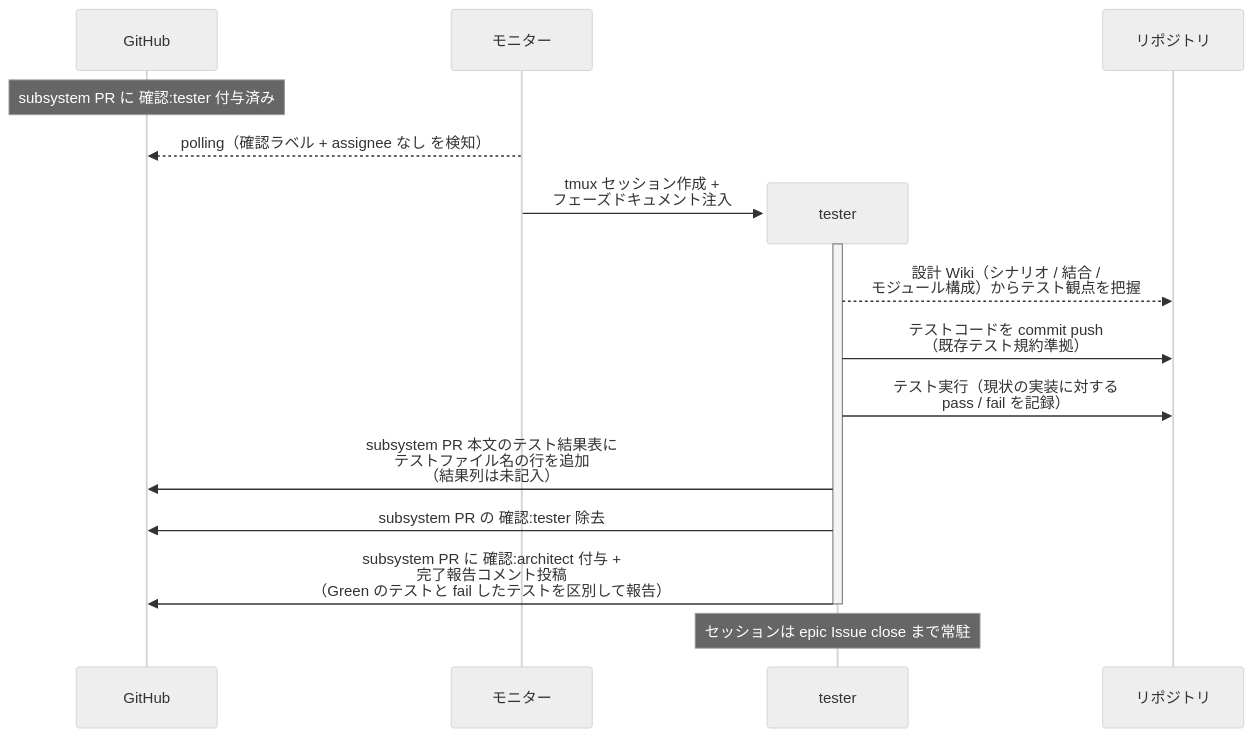
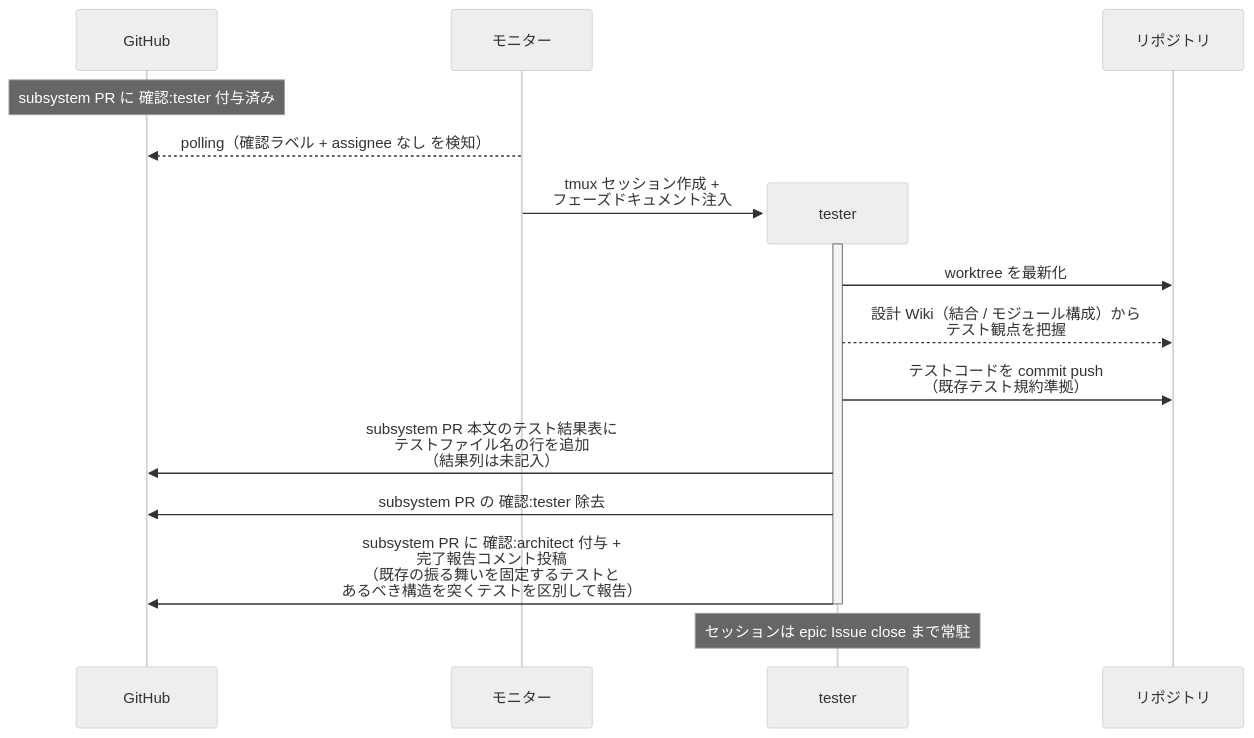
The second of 3 diagrams in docs/wiki/設計図/シナリオ/単一ユースケース/テスト作成.md (shuhei1101/ai-monitor), drawn with Mermaid (neutral theme) before and after one commit. The commit also changed other lines of this file and 304 other files, not shown here.

````diff
--- a/docs/wiki/設計図/シナリオ/単一ユースケース/テスト作成.md
+++ b/docs/wiki/設計図/シナリオ/単一ユースケース/テスト作成.md
@@ -69,20 +70,20 @@
 ```mermaid
 sequenceDiagram
   participant GH as GitHub
   participant ORC as モニター
 
   Note over GH: subsystem PR に 確認:tester 付与済み
   ORC-->>GH: polling（確認ラベル + assignee なし を検知）
   create participant MON as tester
   ORC->>MON: tmux セッション作成 +<br>フェーズドキュメント注入
   participant REPO as リポジトリ
   activate MON
-  MON-->>REPO: 設計 Wiki（シナリオ / 結合 /<br>モジュール構成）からテスト観点を把握
+  MON->>REPO: worktree を最新化
+  MON-->>REPO: 設計 Wiki（結合 / モジュール構成）から<br>テスト観点を把握
   MON->>REPO: テストコードを commit push<br>（既存テスト規約準拠）
-  MON->>REPO: テスト実行（現状の実装に対する<br>pass / fail を記録）
   MON->>GH: subsystem PR 本文のテスト結果表に<br>テストファイル名の行を追加<br>（結果列は未記入）
   MON->>GH: subsystem PR の 確認:tester 除去
-  MON->>GH: subsystem PR に 確認:architect 付与 +<br>完了報告コメント投稿<br>（Green のテストと fail したテストを区別して報告）
+  MON->>GH: subsystem PR に 確認:architect 付与 +<br>完了報告コメント投稿<br>（既存の振る舞いを固定するテストと<br>あるべき構造を突くテストを区別して報告）
   deactivate MON
   Note over MON: セッションは epic Issue close まで常駐
 ```
````
